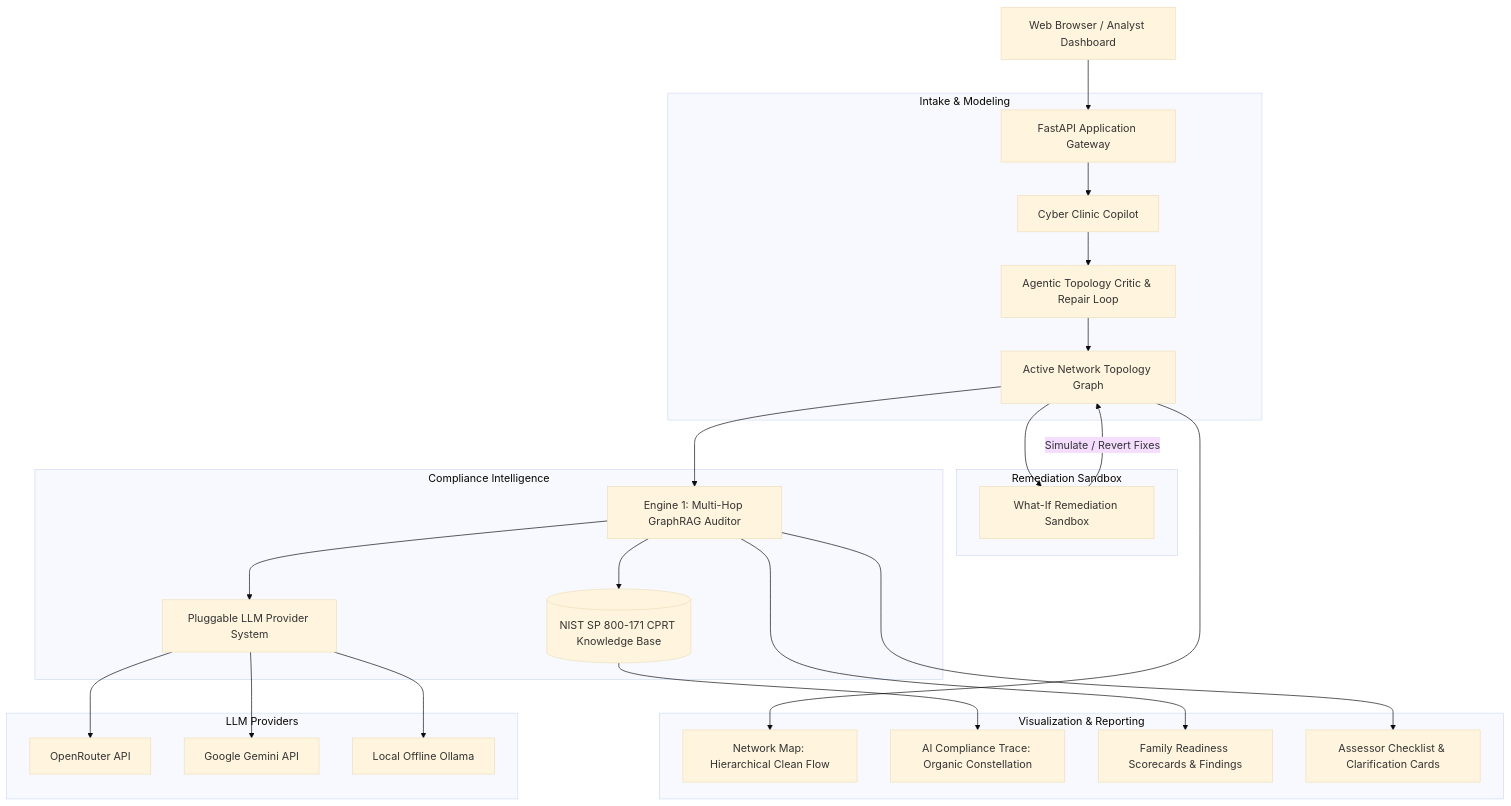
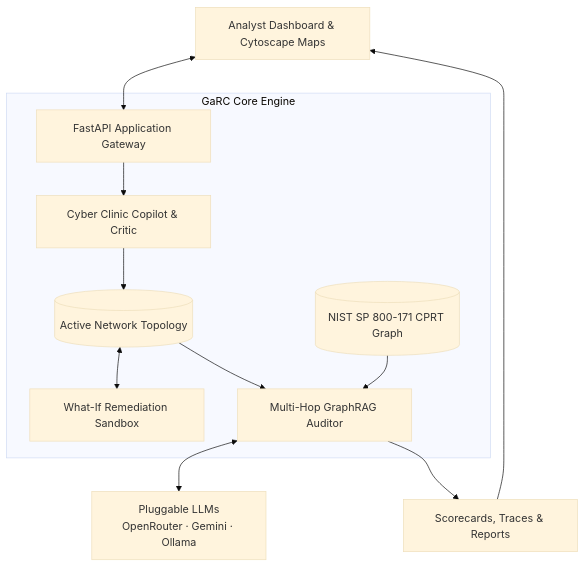
Before and after one commit to 24alexl/GaRC: the diagram in README.md, drawn with Mermaid (base theme).

Commit message:
simplified mermaid graph

````diff
--- a/README.md
+++ b/README.md
@@ -24,34 +24,16 @@
 ```mermaid
-graph TD
-    Client[Web Browser / Analyst Dashboard] --> API[FastAPI Application Gateway]
-    
-    subgraph Intake & Modeling
-        API --> Copilot[Cyber Clinic Copilot]
-        Copilot --> Critic[Agentic Topology Critic & Repair Loop]
-        Critic --> ActiveTopo[Active Network Topology Graph]
+flowchart TD
+    UI[Analyst Dashboard & Cytoscape Maps] <--> Gateway[FastAPI Application Gateway]
+
+    subgraph Core [GaRC Core Engine]
+        Gateway --> Copilot[Cyber Clinic Copilot & Critic]
+        Copilot --> Topo[(Active Network Topology)]
+        Topo <--> Sandbox[What-If Remediation Sandbox]
+        Topo --> Auditor[Multi-Hop GraphRAG Auditor]
+        NIST[(NIST SP 800-171 CPRT Graph)] --> Auditor
     end
-    
-    subgraph Remediation Sandbox
-        ActiveTopo --> Sandbox[What-If Remediation Sandbox]
-        Sandbox -->|Simulate / Revert Fixes| ActiveTopo
-    end
-    
-    subgraph Compliance Intelligence
-        ActiveTopo --> Engine1[Engine 1: Multi-Hop GraphRAG Auditor]
-        Engine1 --> BaselineKG[(NIST SP 800-171 CPRT Knowledge Base)]
-        Engine1 --> PluggableLLM[Pluggable LLM Provider System]
-    end
-    
-    subgraph Visualization & Reporting
-        ActiveTopo --> NetMap[Network Map: Hierarchical Clean Flow]
-        BaselineKG --> XAITrace[AI Compliance Trace: Organic Constellation]
-        Engine1 --> Scorecard[Family Readiness Scorecards & Findings]
-        Engine1 --> AssessorChecklist[Assessor Checklist & Clarification Cards]
-    end
-    
-    subgraph LLM Providers
-        PluggableLLM --> OpenRouter[OpenRouter API]
-        PluggableLLM --> Gemini[Google Gemini API]
-        PluggableLLM --> Ollama[Local Offline Ollama]
-    end
+
+    Auditor <--> LLM[Pluggable LLMs<br/>OpenRouter · Gemini · Ollama]
+    Auditor --> Reports[Scorecards, Traces & Reports]
+    Reports --> UI
 ```
````
